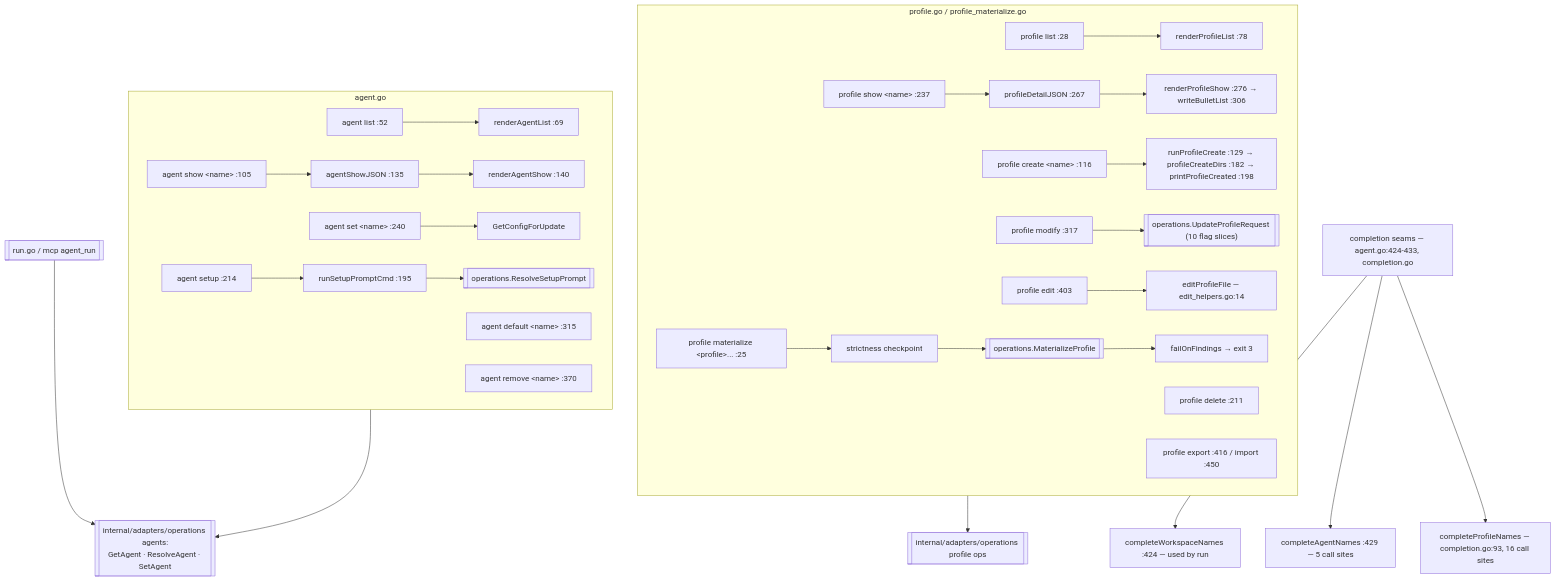
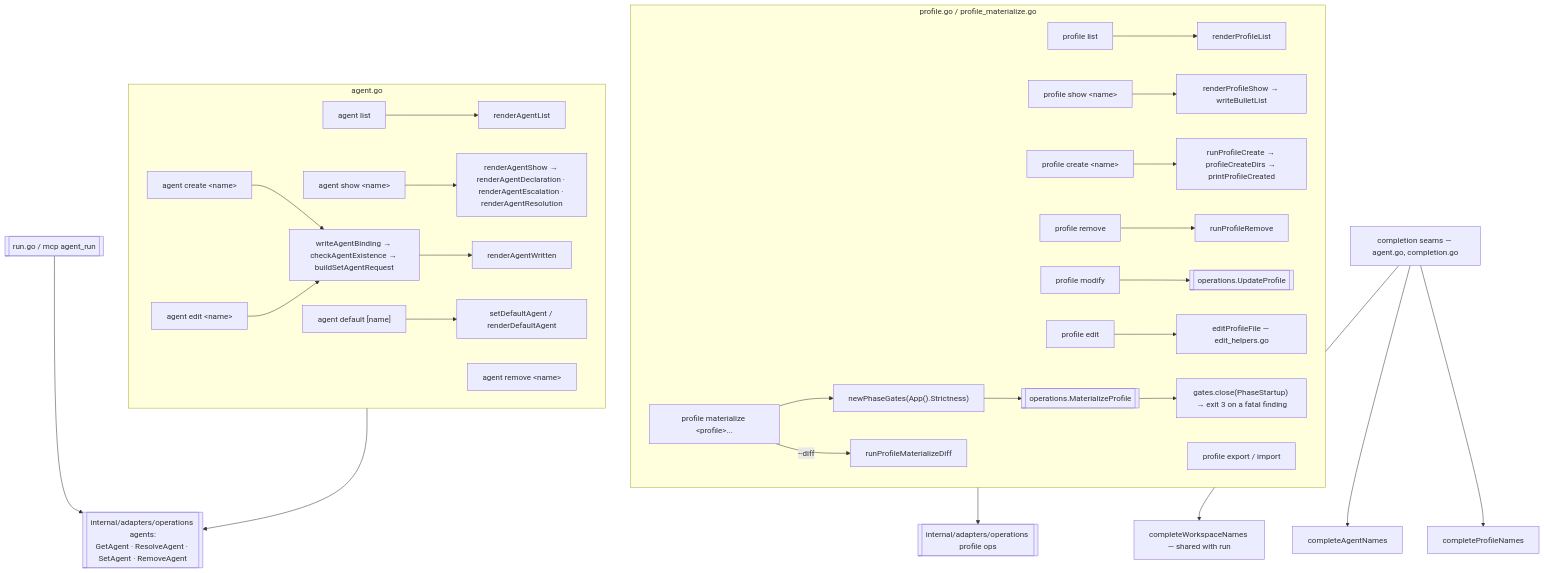
Before and after one commit to ctxloom/ctxloom: the diagram in docs/architecture/cli/profiles-and-agents.md, drawn with Mermaid. The commit also changed other lines of this file, not shown here.

First line of the commit message:
docs(architecture): profiles-and-agents drops its file:line censuses

````diff
--- a/docs/architecture/cli/profiles-and-agents.md
+++ b/docs/architecture/cli/profiles-and-agents.md
@@ -13,34 +13,36 @@
 ```mermaid
 flowchart TD
     subgraph prof["profile.go / profile_materialize.go"]
-        PL["profile list :28"] --> RPL["renderProfileList :78"]
-        PS["profile show &lt;name&gt; :237"] --> PDJ["profileDetailJSON :267"] --> RPS["renderProfileShow :276 → writeBulletList :306"]
-        PC["profile create &lt;name&gt; :116"] --> RPC["runProfileCreate :129 → profileCreateDirs :182 → printProfileCreated :198"]
-        PD["profile delete :211"]
-        PM["profile modify :317"] --> UPR[["operations.UpdateProfileRequest (10 flag slices)"]]
-        PE["profile edit :403"] --> EPF["editProfileFile — edit_helpers.go:14"]
-        PX["profile export :416 / import :450"]
-        PMAT["profile materialize &lt;profile&gt;... :25"] --> MARK["strictness checkpoint"] --> MP[["operations.MaterializeProfile"]] --> FOF["failOnFindings → exit 3"]
+        PL["profile list"] --> RPL["renderProfileList"]
+        PS["profile show &lt;name&gt;"] --> RPS["renderProfileShow → writeBulletList"]
+        PC["profile create &lt;name&gt;"] --> RPC["runProfileCreate → profileCreateDirs → printProfileCreated"]
+        PD["profile remove"] --> RPR["runProfileRemove"]
+        PM["profile modify"] --> UPR[["operations.UpdateProfile"]]
+        PE["profile edit"] --> EPF["editProfileFile — edit_helpers.go"]
+        PX["profile export / import"]
+        PMAT["profile materialize &lt;profile&gt;..."] --> GATES["newPhaseGates(App().Strictness)"] --> MP[["operations.MaterializeProfile"]] --> CLOSE["gates.close(PhaseStartup) → exit 3 on a fatal finding"]
+        PMAT -->|"--diff"| PMD["runProfileMaterializeDiff"]
     end
 
     subgraph agent["agent.go"]
-        AL["agent list :52"] --> RAL["renderAgentList :69"]
-        AS["agent show &lt;name&gt; :105"] --> ASJ["agentShowJSON :135"] --> RAS["renderAgentShow :140"]
-        ASET["agent set &lt;name&gt; :240"] --> GCU["GetConfigForUpdate"]
-        ADEF["agent default &lt;name&gt; :315"]
-        AREM["agent remove &lt;name&gt; :370"]
-        ASETUP["agent setup :214"] --> RSPC["runSetupPromptCmd :195"] --> RSP[["operations.ResolveSetupPrompt"]]
+        AL["agent list"] --> RAL["renderAgentList"]
+        AS["agent show &lt;name&gt;"] --> RAS["renderAgentShow → renderAgentDeclaration · renderAgentEscalation · renderAgentResolution"]
+        AC["agent create &lt;name&gt;"] --> WAB["writeAgentBinding → checkAgentExistence → buildSetAgentRequest"]
+        AE["agent edit &lt;name&gt;"] --> WAB
+        WAB --> RAW["renderAgentWritten"]
+        ADEF["agent default [name]"] --> SDA["setDefaultAgent / renderDefaultAgent"]
+        AREM["agent remove &lt;name&gt;"]
     end
 
     OPSP[["internal/adapters/operations profile ops"]]
-    OPSA[["internal/adapters/operations agents:<br/>GetAgent · ResolveAgent · SetAgent"]]
+    OPSA[["internal/adapters/operations agents:<br/>GetAgent · ResolveAgent · SetAgent · RemoveAgent"]]
     prof --> OPSP
     agent --> OPSA
 
-    COMP["completion seams — agent.go:424-433, completion.go"]
-    COMP --> CWN["completeWorkspaceNames :424 — used by run"]
-    COMP --> CAN["completeAgentNames :429 — 5 call sites"]
-    COMP --> CPN["completeProfileNames — completion.go:93, 16 call sites"]
+    COMP["completion seams — agent.go, completion.go"]
+    COMP --> CWN["completeWorkspaceNames — shared with run"]
+    COMP --> CAN["completeAgentNames"]
+    COMP --> CPN["completeProfileNames"]
 
     RUN[["run.go / mcp agent_run"]] --> OPSA
 ```
````
